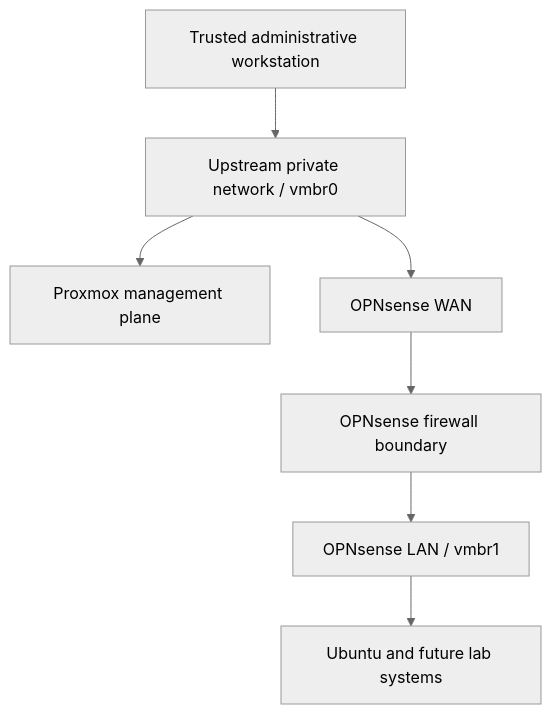
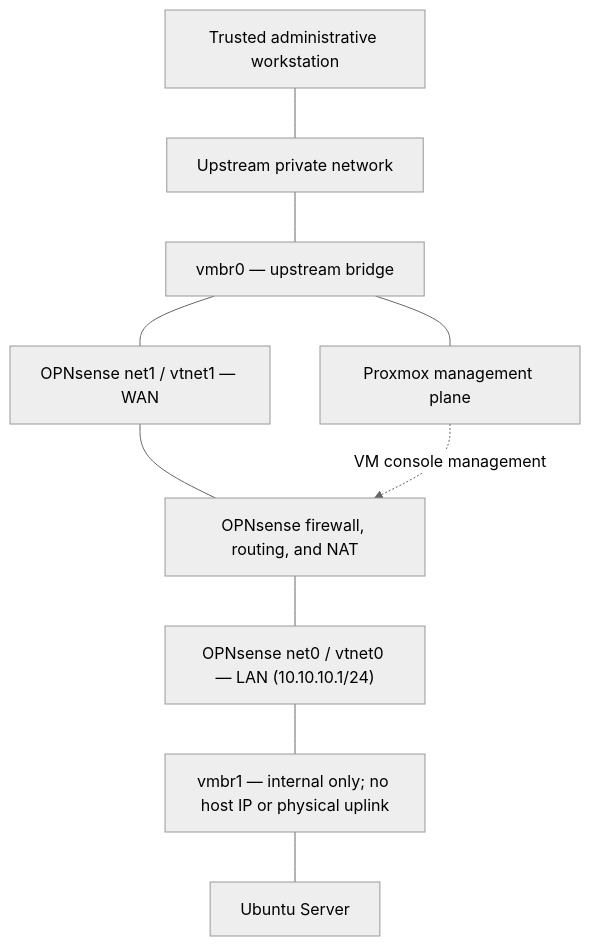
One commit to dalen-green/proxmox-cybersecurity-homelab changed the diagram in docs/security-boundaries.md. Above: the diagram before and after it, drawn with Mermaid (neutral theme). The commit also changed other lines of this file and 3 other files, not shown here.

First line of the commit message:
Align network topology diagrams and interface mappings

````diff
--- a/docs/security-boundaries.md
+++ b/docs/security-boundaries.md
@@ -31,9 +31,12 @@
 ```mermaid
 flowchart TD
-    A["Trusted administrative workstation"] --> B["Upstream private network / vmbr0"]
-    B --> C["Proxmox management plane"]
-    B --> D["OPNsense WAN"]
-    D --> E["OPNsense firewall boundary"]
-    E --> F["OPNsense LAN / vmbr1"]
-    F --> G["Ubuntu and future lab systems"]
+    A["Trusted administrative workstation"] --- U["Upstream private network"]
+    U --- B0["vmbr0 — upstream bridge"]
+    B0 --- P["Proxmox management plane"]
+    B0 --- W["OPNsense net1 / vtnet1 — WAN"]
+    W --- F["OPNsense firewall, routing, and NAT"]
+    F --- L["OPNsense net0 / vtnet0 — LAN (10.10.10.1/24)"]
+    L --- B1["vmbr1 — internal only; no host IP or physical uplink"]
+    B1 --- S["Ubuntu Server"]
+    P -. "VM console management" .-> F
 ```
````
